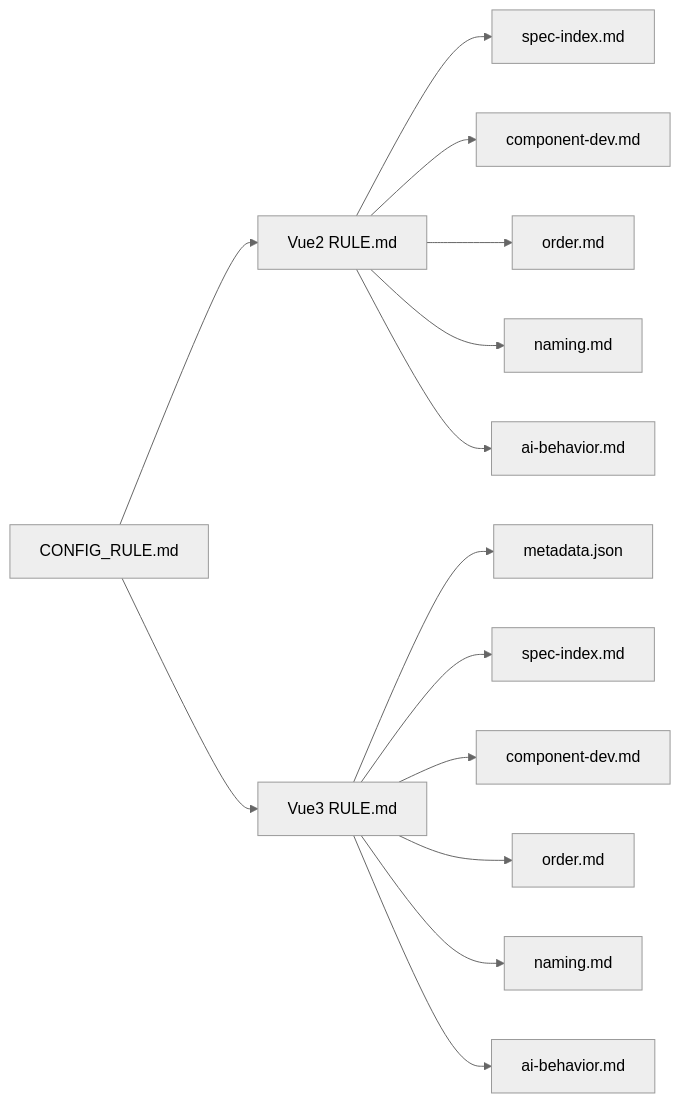
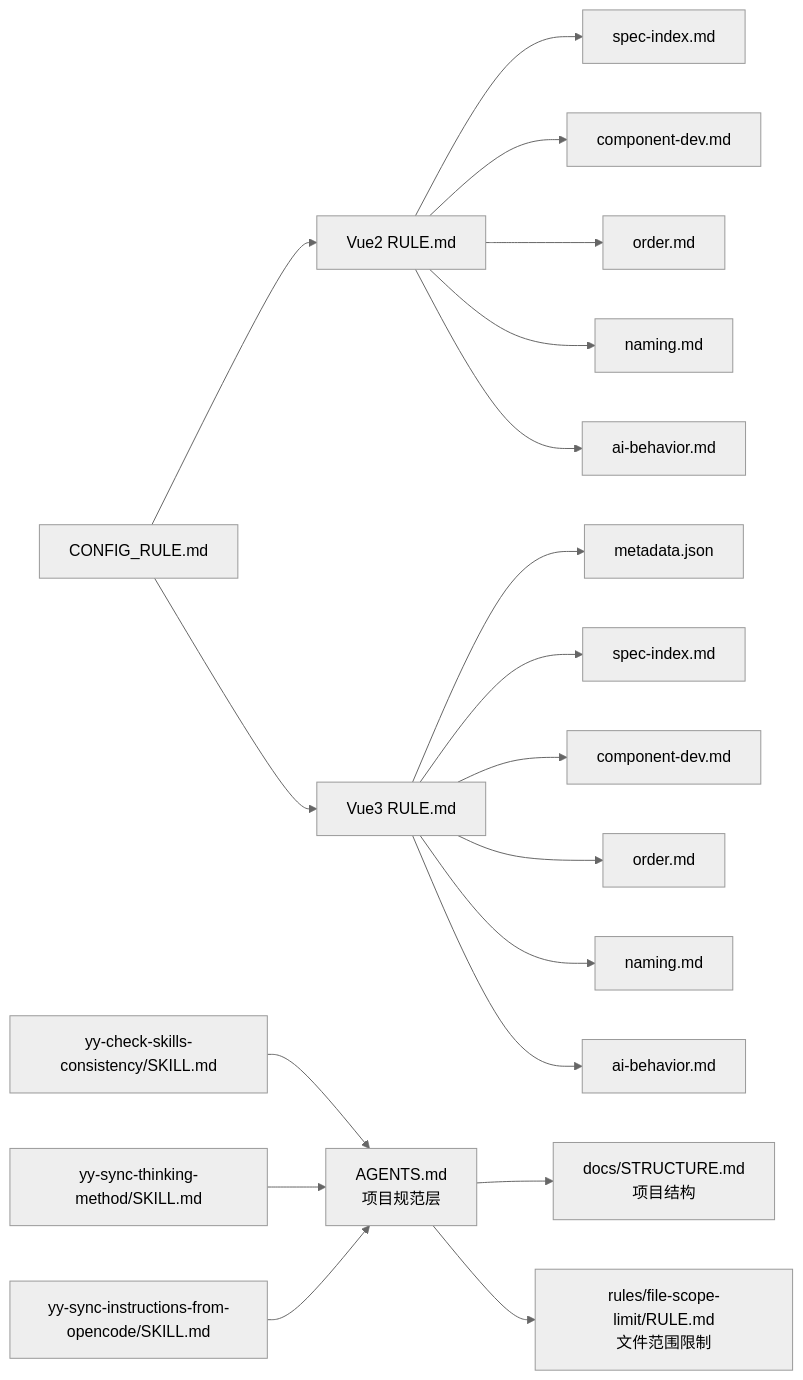
Before and after one commit to bulls-cows/skills: the sixth of 6 diagrams in .qoder/repowiki/zh/content/规则系统/规则系统.md, drawn with Mermaid (neutral theme). The commit also changed other lines of this file and 3 other files, not shown here.

````diff
--- a/.qoder/repowiki/zh/content/规则系统/规则系统.md
+++ b/.qoder/repowiki/zh/content/规则系统/规则系统.md
@@ -354,16 +451,21 @@
 ```mermaid
 graph LR
+AGENTS["AGENTS.md<br/>项目规范层"] --> STRUCT["docs/STRUCTURE.md<br/>项目结构"]
+AGENTS --> FILESCOPE["rules/file-scope-limit/RULE.md<br/>文件范围限制"]
 RULE_V2["Vue2 RULE.md"] --> SPEC_V2["spec-index.md"]
 RULE_V2 --> COMP_V2["component-dev.md"]
 RULE_V2 --> ORDER_V2["order.md"]
 RULE_V2 --> NAMING_V2["naming.md"]
 RULE_V2 --> AI_V2["ai-behavior.md"]
 RULE_V3["Vue3 RULE.md"] --> META["metadata.json"]
 RULE_V3 --> SPEC_V3["spec-index.md"]
 RULE_V3 --> COMP_V3["component-dev.md"]
 RULE_V3 --> ORDER_V3["order.md"]
 RULE_V3 --> NAMING_V3["naming.md"]
 RULE_V3 --> AI_V3["ai-behavior.md"]
 CFG["CONFIG_RULE.md"] --> RULE_V2
 CFG --> RULE_V3
+CONSIST["yy-check-skills-consistency/SKILL.md"] --> AGENTS
+THINK["yy-sync-thinking-method/SKILL.md"] --> AGENTS
+OPENC["yy-sync-instructions-from-opencode/SKILL.md"] --> AGENTS
 ```
````
